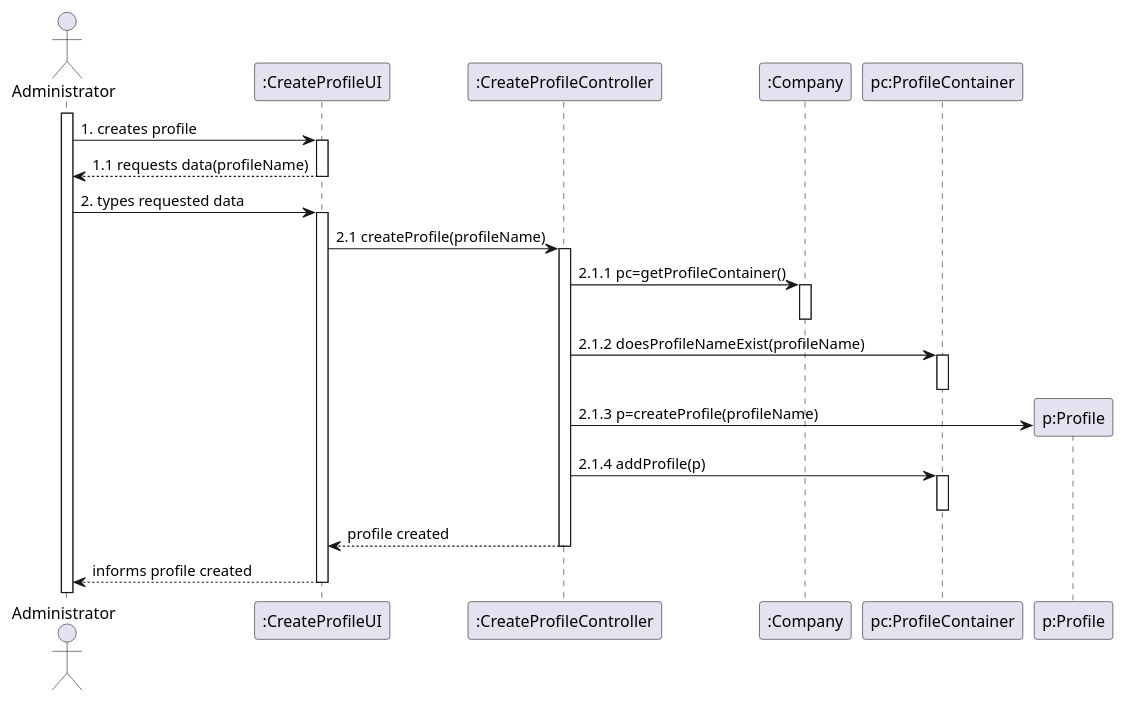
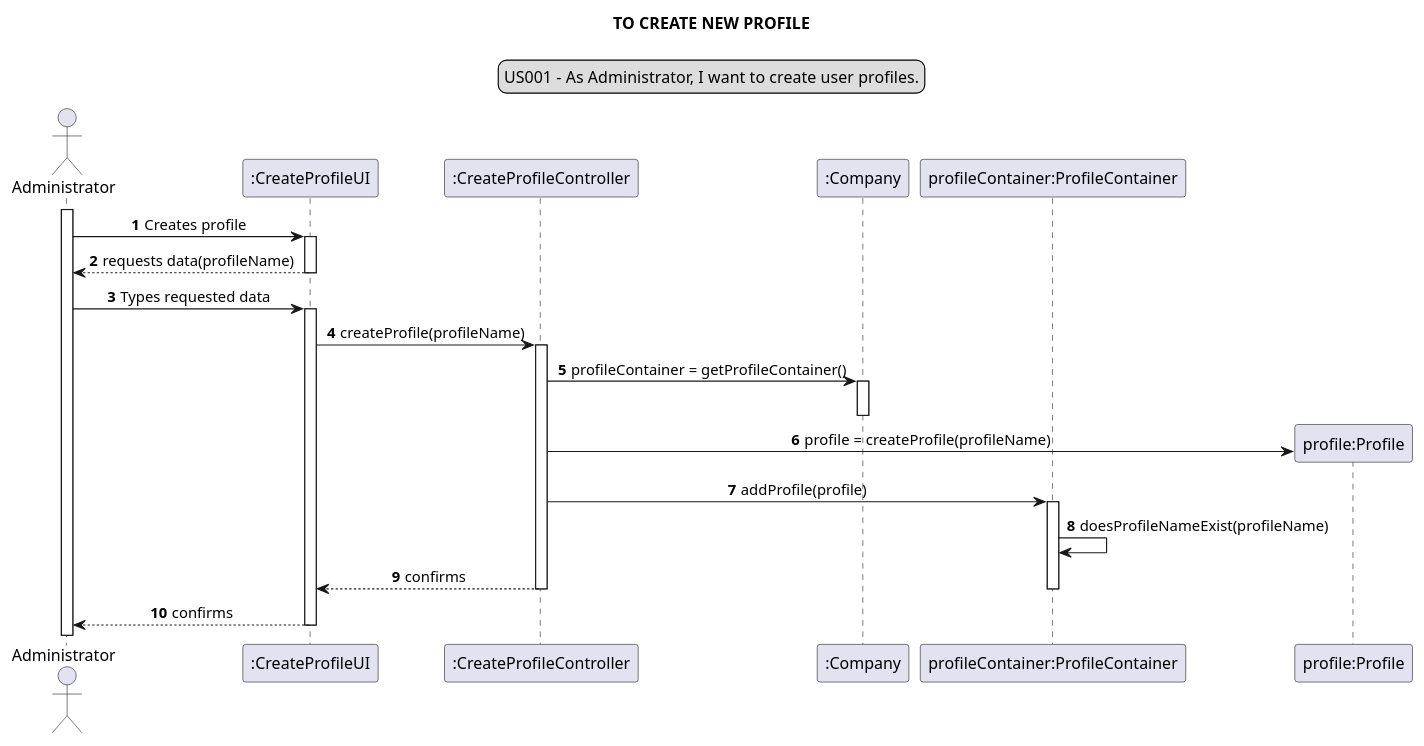
One commit to Loracline/project_switch_22-23 changed the diagram in docs/modelling_design/user_stories/us001/US001_Sequence_Diagram.puml. Above: the diagram before and after it, drawn with PlantUML. The commit also changed 6 other files, not shown here.

Commit message:
Sequence Diagrams | Update and refinement according to new version

```diff
--- a/docs/modelling_design/user_stories/us001/US001_Sequence_Diagram.puml
+++ b/docs/modelling_design/user_stories/us001/US001_Sequence_Diagram.puml
@@ -1,36 +1,41 @@
 @startuml
 
+skinparam sequenceMessageAlign center
+title TO CREATE NEW PROFILE
+legend top
+US001 - As Administrator, I want to create user profiles.
+end legend
+autonumber
 actor Administrator
 participant ":CreateProfileUI" as cpu
 participant ":CreateProfileController" as cpc
 participant ":Company" as Company
-participant "pc:ProfileContainer" as ProfileContainer
-participant "p:Profile" as Profile
+participant "profileContainer:ProfileContainer" as ProfileContainer
+participant "profile:Profile" as Profile
 activate Administrator
-Administrator -> cpu: 1. creates profile
+Administrator -> cpu: Creates profile
 activate cpu
-cpu --> Administrator: 1.1 requests data(profileName)
+cpu --> Administrator: requests data(profileName)
 deactivate cpu
-Administrator -> cpu: 2. types requested data
+Administrator -> cpu: Types requested data
 activate cpu
-cpu -> cpc: 2.1 createProfile(profileName)
+cpu -> cpc: createProfile(profileName)
 activate cpc
-cpc -> Company: 2.1.1 pc=getProfileContainer()
+cpc -> Company: profileContainer = getProfileContainer()
 activate Company
 deactivate Company
-cpc -> ProfileContainer: 2.1.2 doesProfileNameExist(profileName)
+create Profile
+cpc -> Profile: profile = createProfile(profileName)
+deactivate Profile
+cpc -> ProfileContainer: addProfile(profile)
 activate ProfileContainer
+ProfileContainer -> ProfileContainer: doesProfileNameExist(profileName)
+
+cpc --> cpu: confirms
 deactivate ProfileContainer
-create Profile
-cpc -> Profile: 2.1.3 p=createProfile(profileName)
-deactivate Profile
-cpc -> ProfileContainer: 2.1.4 addProfile(p)
-activate ProfileContainer
-deactivate ProfileContainer
-cpc --> cpu: profile created
 deactivate cpc
-cpu --> Administrator: informs profile created
+cpu --> Administrator: confirms
 deactivate cpu
 
 
 @enduml
```
